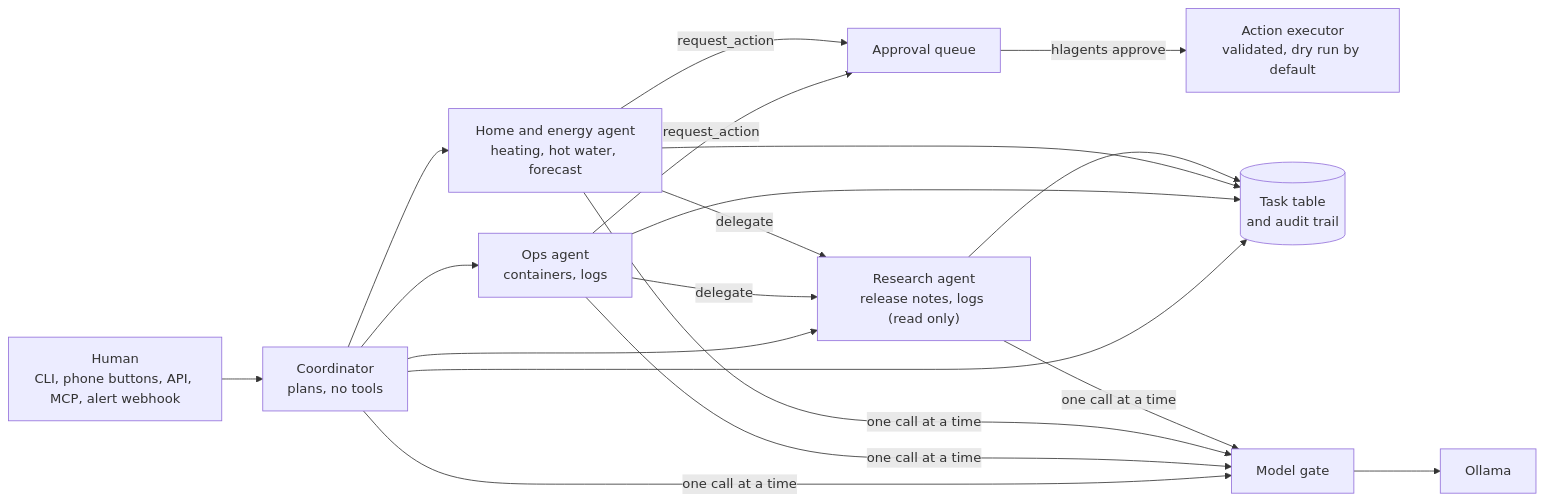
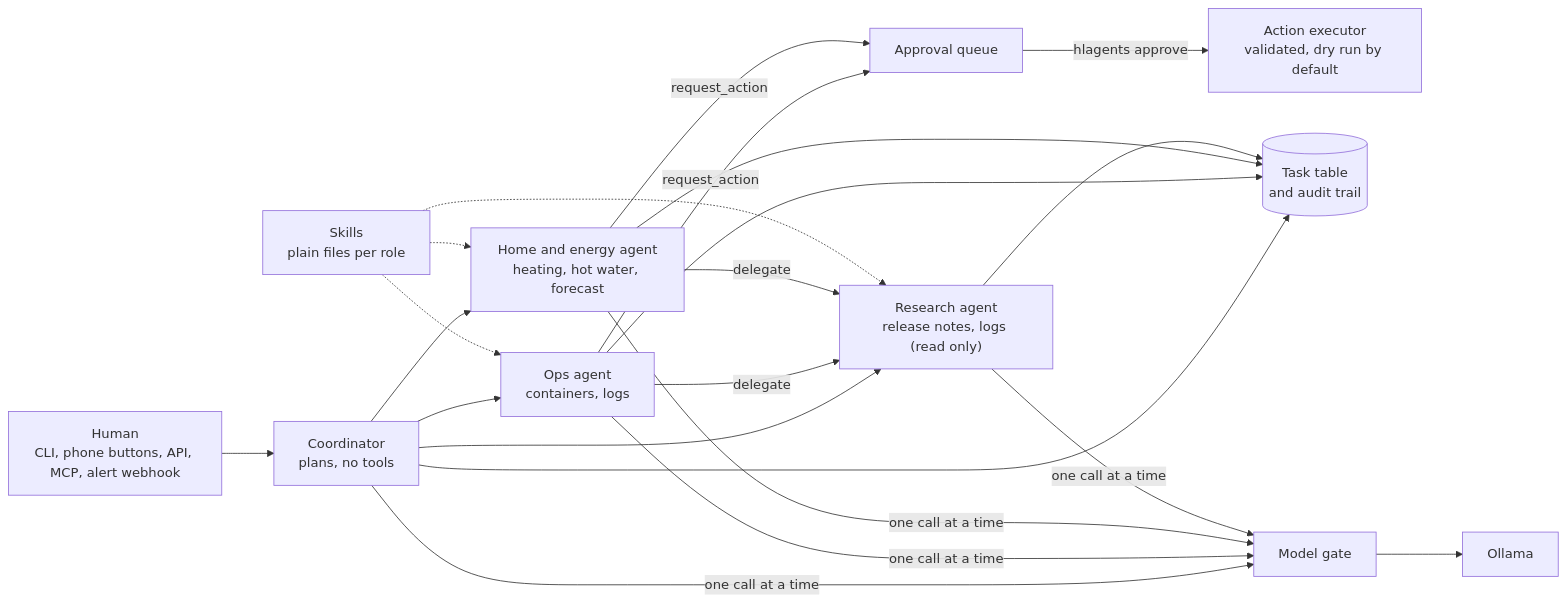
Before and after one commit to nishaero/homelab-multi-agent: the diagram in README.md, drawn with Mermaid. The commit also changed 5 other files, not shown here.

````diff
--- a/README.md
+++ b/README.md
@@ -11,13 +11,14 @@
 ```mermaid
 flowchart LR
     H["Human<br/>CLI, phone buttons, API, MCP, alert webhook"] --> C["Coordinator<br/>plans, no tools"]
     C --> O["Ops agent<br/>containers, logs"]
     C --> E["Home and energy agent<br/>heating, hot water, forecast"]
     C --> R["Research agent<br/>release notes, logs (read only)"]
     O -- "delegate" --> R
     E -- "delegate" --> R
     O & E -- "request_action" --> A["Approval queue"]
     A -- "hlagents approve" --> X["Action executor<br/>validated, dry run by default"]
+    K["Skills<br/>plain files per role"] -.-> O & E & R
     C & O & E & R --> S[("Task table<br/>and audit trail")]
     C & O & E & R -- "one call at a time" --> G["Model gate"] --> L["Ollama"]
 ```
````
